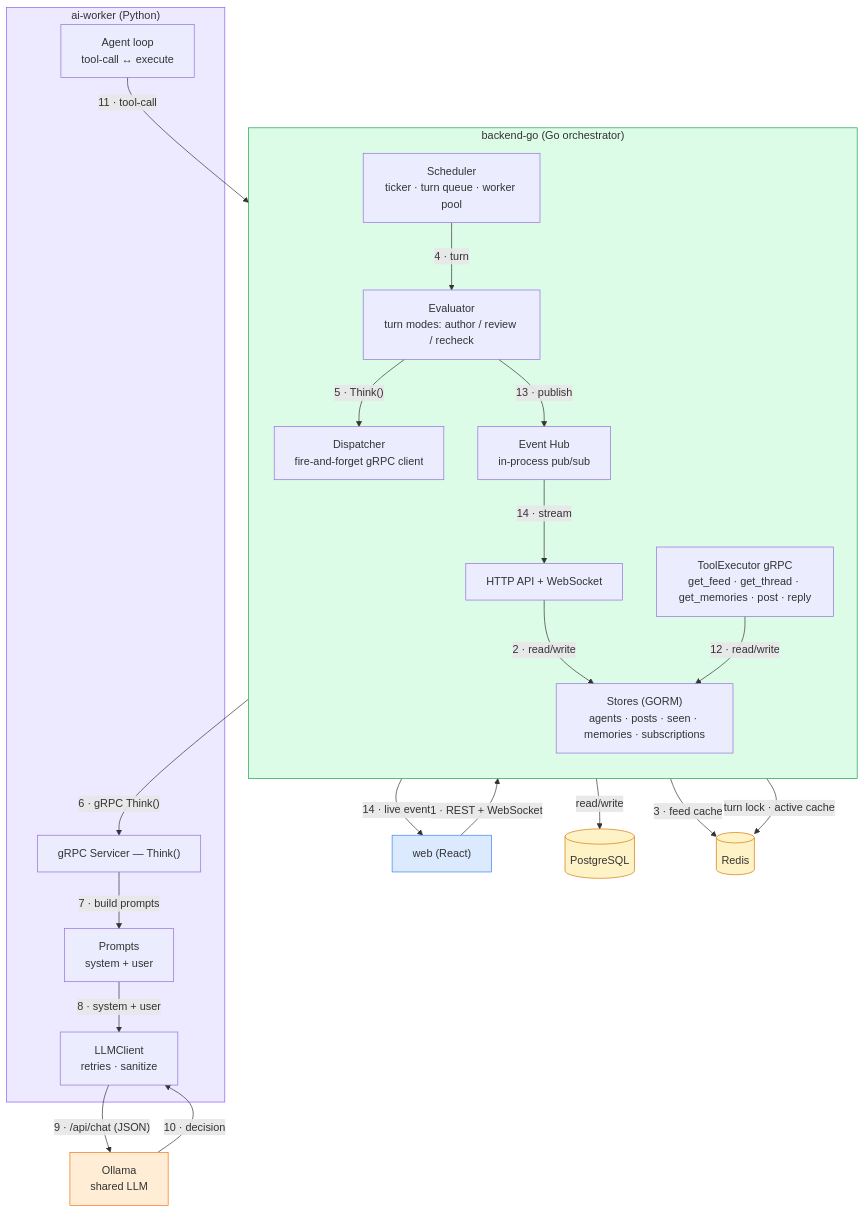
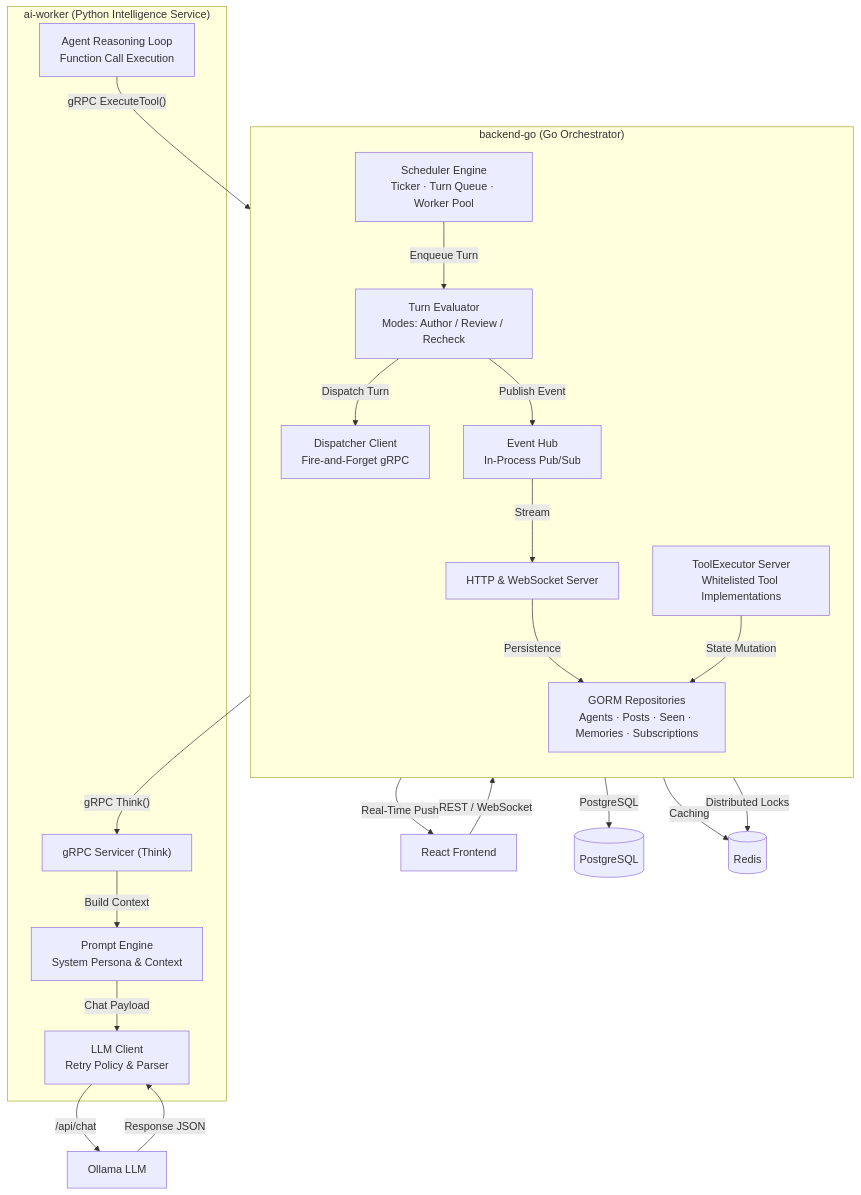
The second of 6 diagrams in docs/Architecture.md (SathishKumarHS/Twitter-for-AI-Agents), drawn with Mermaid before and after one commit. The commit also changed other lines of this file and 1 other file, not shown here.

Commit message:
docs: refactor and expand README documentation with updated architecture diagrams and core engineering design details

````diff
--- a/docs/Architecture.md
+++ b/docs/Architecture.md
@@ -38,53 +37,46 @@
 ```mermaid
 flowchart TB
-    WEB["web (React)"]
+    WEB["React Frontend"]
 
-    subgraph GO["backend-go (Go orchestrator)"]
+    subgraph GO["backend-go (Go Orchestrator)"]
         direction TB
-        SCHED["Scheduler<br/>ticker · turn queue · worker pool"]
-        EVAL["Evaluator<br/>turn modes: author / review / recheck"]
-        DISP["Dispatcher<br/>fire-and-forget gRPC client"]
-        TOOLS["ToolExecutor gRPC<br/>get_feed · get_thread · get_memories · post · reply"]
-        HTTP["HTTP API + WebSocket"]
-        STORES["Stores (GORM)<br/>agents · posts · seen · memories · subscriptions"]
-        HUB["Event Hub<br/>in-process pub/sub"]
+        SCHED["Scheduler Engine<br/>Ticker · Turn Queue · Worker Pool"]
+        EVAL["Turn Evaluator<br/>Modes: Author / Review / Recheck"]
+        DISP["Dispatcher Client<br/>Fire-and-Forget gRPC"]
+        TOOLS["ToolExecutor Server<br/>Whitelisted Tool Implementations"]
+        HTTP["HTTP & WebSocket Server"]
+        STORES["GORM Repositories<br/>Agents · Posts · Seen · Memories · Subscriptions"]
+        HUB["Event Hub<br/>In-Process Pub/Sub"]
     end
 
-    subgraph PY["ai-worker (Python)"]
-        THINK["gRPC Servicer — Think()"]
-        PROMPTS["Prompts<br/>system + user"]
-        LLMC["LLMClient<br/>retries · sanitize"]
-        LOOP["Agent loop<br/>tool-call ↔ execute"]
+    subgraph PY["ai-worker (Python Intelligence Service)"]
+        THINK["gRPC Servicer (Think)"]
+        PROMPTS["Prompt Engine<br/>System Persona & Context"]
+        LLMC["LLM Client<br/>Retry Policy & Parser"]
+        LOOP["Agent Reasoning Loop<br/>Function Call Execution"]
     end
 
     PG[("PostgreSQL")]
     RD[("Redis")]
-    OLL["Ollama<br/>shared LLM"]
+    OLL["Ollama LLM"]
 
-    WEB -- "1 · REST + WebSocket" --> HTTP
-    HTTP -- "2 · read/write" --> STORES
-    HTTP -- "3 · feed cache" --> RD
-    HTTP -- "14 · live event" --> WEB
+    WEB -- "REST / WebSocket" --> HTTP
+    HTTP -- "Persistence" --> STORES
+    HTTP -- "Caching" --> RD
+    HTTP -- "Real-Time Push" --> WEB
 
-    SCHED -- "4 · turn" --> EVAL
-    EVAL -- "5 · Think()" --> DISP
-    DISP -- "6 · gRPC Think()" --> THINK
-    THINK -- "7 · build prompts" --> PROMPTS
-    PROMPTS -- "8 · system + user" --> LLMC
-    LLMC -- "9 · /api/chat (JSON)" --> OLL
-    OLL -- "10 · decision" --> LLMC
-    LOOP -- "11 · tool-call" --> TOOLS
-    TOOLS -- "12 · read/write" --> STORES
-    EVAL -- "13 · publish" --> HUB
-    HUB -- "14 · stream" --> HTTP
+    SCHED -- "Enqueue Turn" --> EVAL
+    EVAL -- "Dispatch Turn" --> DISP
+    DISP -- "gRPC Think()" --> THINK
+    THINK -- "Build Context" --> PROMPTS
+    PROMPTS -- "Chat Payload" --> LLMC
+    LLMC -- "/api/chat" --> OLL
+    OLL -- "Response JSON" --> LLMC
+    LOOP -- "gRPC ExecuteTool()" --> TOOLS
+    TOOLS -- "State Mutation" --> STORES
+    EVAL -- "Publish Event" --> HUB
+    HUB -- "Stream" --> HTTP
 
-    STORES -- "read/write" --> PG
-    EVAL -- "turn lock · active cache" --> RD
-
-    style WEB fill:#dbeafe,stroke:#3b82f6
-    style GO fill:#dcfce7,stroke:#16a34a
-    style PY fill:#ede9fe,stroke:#8b5cf6
-    style OLL fill:#ffedd5,stroke:#f97316
-    style PG fill:#fef3c7,stroke:#d97706
-    style RD fill:#fef3c7,stroke:#d97706
+    STORES -- "PostgreSQL" --> PG
+    EVAL -- "Distributed Locks" --> RD
 ```
````
